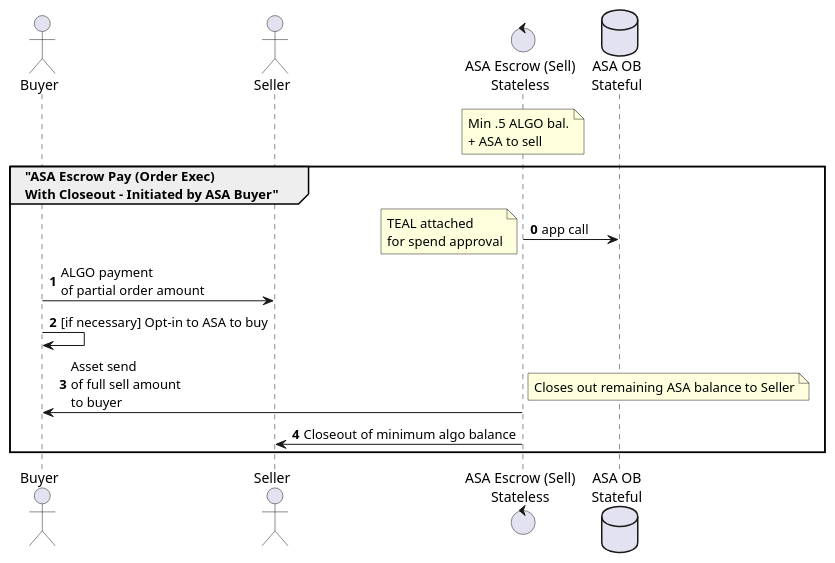
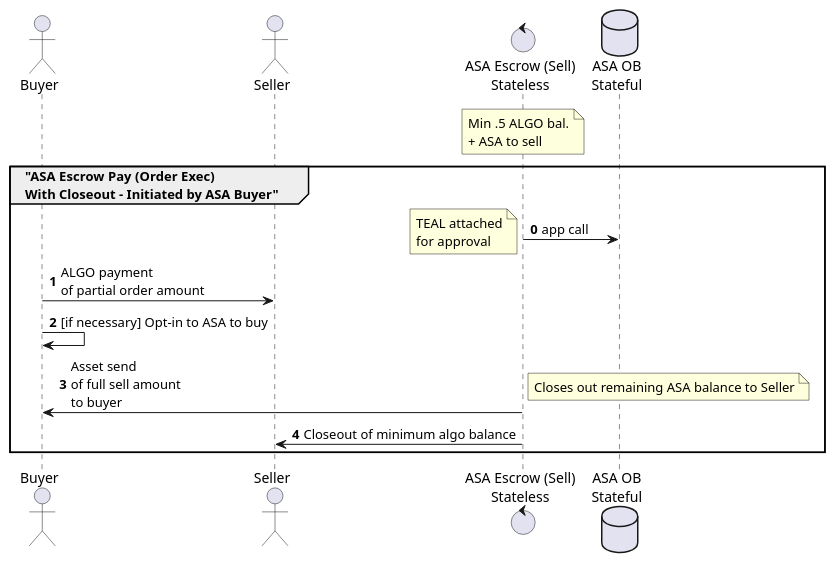
One commit to algodex/algodex-architecture changed the diagram in diagrams/asa_escrow_execute_full.puml. Above: the diagram before and after it, drawn with PlantUML. The commit also changed 16 other files, not shown here.

Commit message:
Update architecture notes and diagrams

```diff
--- a/diagrams/asa_escrow_execute_full.puml
+++ b/diagrams/asa_escrow_execute_full.puml
@@ -1,19 +1,19 @@
 @startuml
 actor Buyer
 actor Seller
 control "ASA Escrow (Sell)\nStateless" as ASAEscrow
 database "ASA OB\nStateful" as ASAOB
 note over ASAEscrow: Min .5 ALGO bal.\n+ ASA to sell
 
 group "ASA Escrow Pay (Order Exec)\nWith Closeout - Initiated by ASA Buyer"
 autonumber 0
 ASAEscrow -> ASAOB: app call
-note left: TEAL attached\nfor spend approval
+note left: TEAL attached\nfor approval
 Buyer -> Seller: ALGO payment\nof partial order amount
 Buyer -> Buyer: [if necessary] Opt-in to ASA to buy
 ASAEscrow -> Buyer: Asset send\nof full sell amount\nto buyer
 note right: Closes out remaining ASA balance to Seller
 ASAEscrow -> Seller: Closeout of minimum algo balance
 end
 
 @enduml
```
